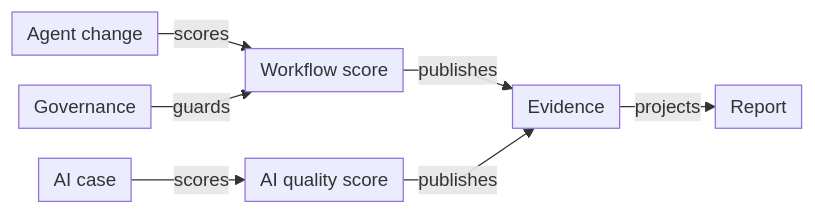
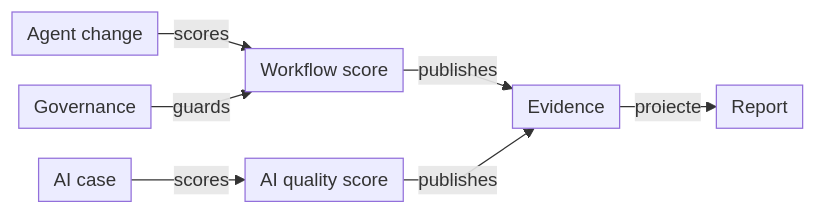
One commit to crististefanita/atf_j0 changed the fourth of 5 diagrams in docs/ATF_AI_Evaluation_Design.md. Above: the diagram before and after it, drawn with Mermaid. The commit also changed other lines of this file and 113 other files, not shown here.

````diff
--- a/docs/ATF_AI_Evaluation_Design.md
+++ b/docs/ATF_AI_Evaluation_Design.md
@@ -1458,10 +1526,10 @@
 ```mermaid
 %%{init: {"themeVariables":{"fontSize":"15px"},"themeCSS":".nodeLabel, .nodeLabel p { font-size: 15px !important; line-height: 1.35 !important; } .edgeLabel, .edgeLabel p { font-size: 12px !important; font-weight: 400 !important; line-height: 1.2 !important; } .edgeLabel .labelBkg, .edgeLabel p { background: transparent !important; } .edgeLabel foreignObject { transform: translateY(-18px); overflow: visible; } .node rect { rx: 6px; ry: 6px; } .edgeLabel [data-id=\"L_QualityProof_SharedEvidence_0\"] foreignObject { transform: translate(0px, -28px); }","flowchart":{"curve":"linear","nodeSpacing":24,"rankSpacing":24,"padding":6,"diagramPadding":20}}}%%
 flowchart LR
     AgentChange["Agent change"] -->|scores| WorkflowProof[Workflow score]
     AiCase["AI case"] -->|scores| QualityProof[AI quality score]
     WorkflowProof -->|publishes| SharedEvidence["Evidence"]
     QualityProof -->|publishes| SharedEvidence
     Governance["Governance"] -->|guards| WorkflowProof
-    SharedEvidence -->|projects| Report["Report"]
+    SharedEvidence -->|proiecte| Report["Report"]
 ```
````
